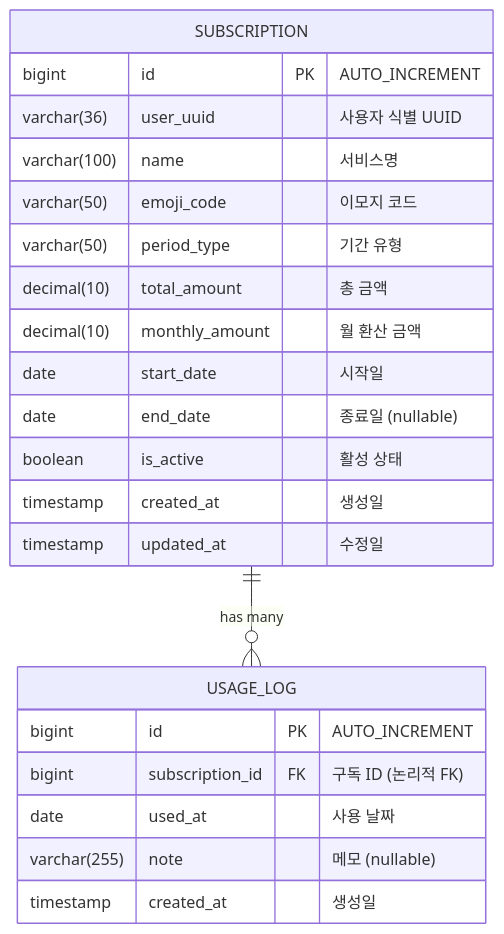
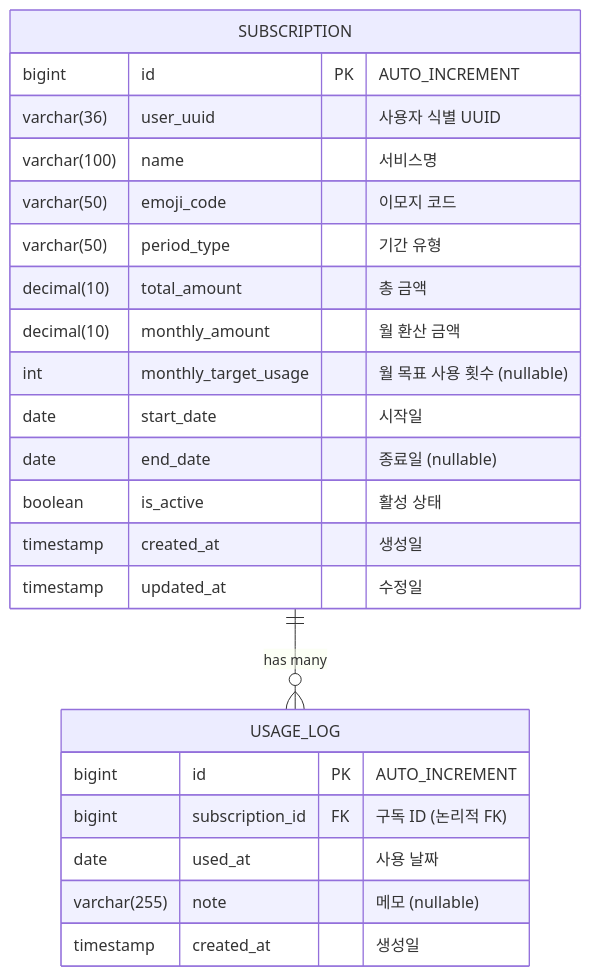
The first of 7 diagrams in DEVELOPMENT.md (decaf-latte/subscription-value-tracker), drawn with Mermaid before and after one commit. The commit also changed other lines of this file and 2 other files, not shown here.

````diff
--- a/DEVELOPMENT.md
+++ b/DEVELOPMENT.md
@@ -46,27 +47,28 @@
 ```mermaid
 erDiagram
     SUBSCRIPTION {
         bigint id PK "AUTO_INCREMENT"
         varchar(36) user_uuid "사용자 식별 UUID"
         varchar(100) name "서비스명"
         varchar(50) emoji_code "이모지 코드"
         varchar(50) period_type "기간 유형"
         decimal(10) total_amount "총 금액"
         decimal(10) monthly_amount "월 환산 금액"
+        int monthly_target_usage "월 목표 사용 횟수 (nullable)"
         date start_date "시작일"
         date end_date "종료일 (nullable)"
         boolean is_active "활성 상태"
         timestamp created_at "생성일"
         timestamp updated_at "수정일"
     }
 
     USAGE_LOG {
         bigint id PK "AUTO_INCREMENT"
         bigint subscription_id FK "구독 ID (논리적 FK)"
         date used_at "사용 날짜"
         varchar(255) note "메모 (nullable)"
         timestamp created_at "생성일"
     }
 
     SUBSCRIPTION ||--o{ USAGE_LOG : "has many"
 ```
````
